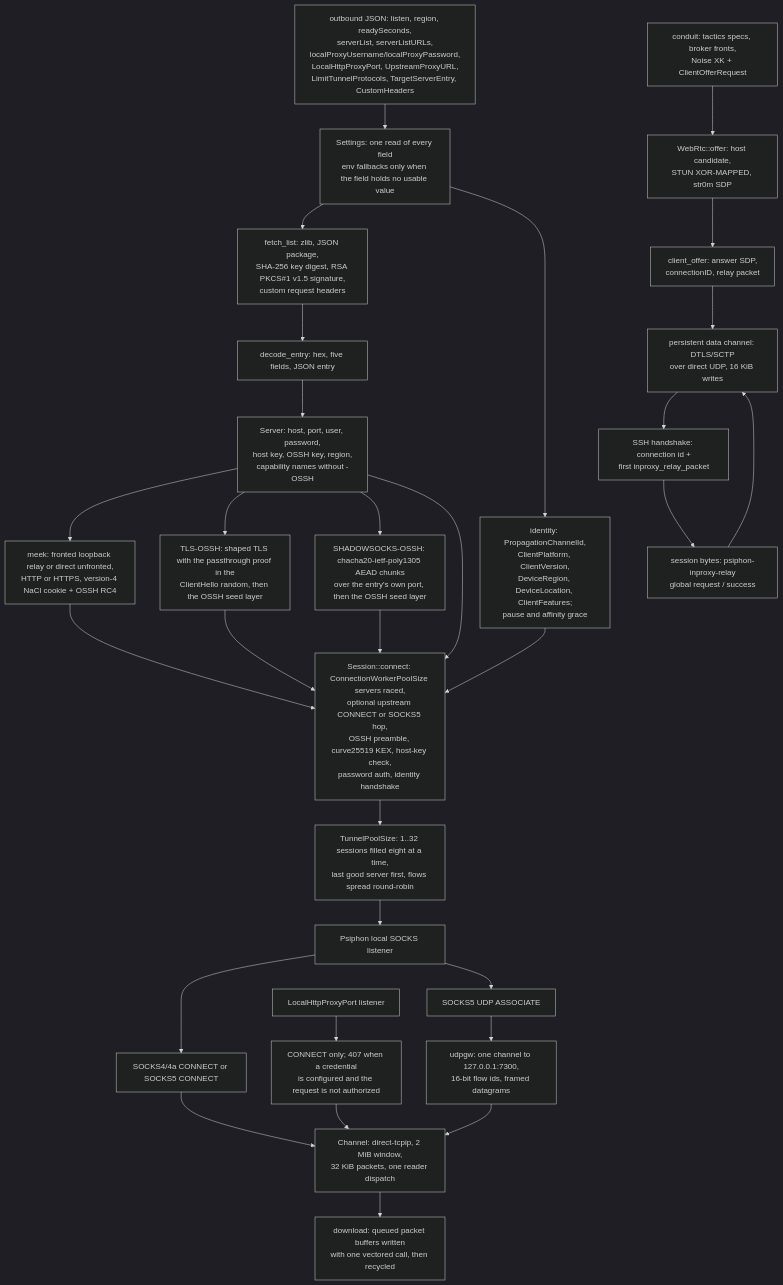
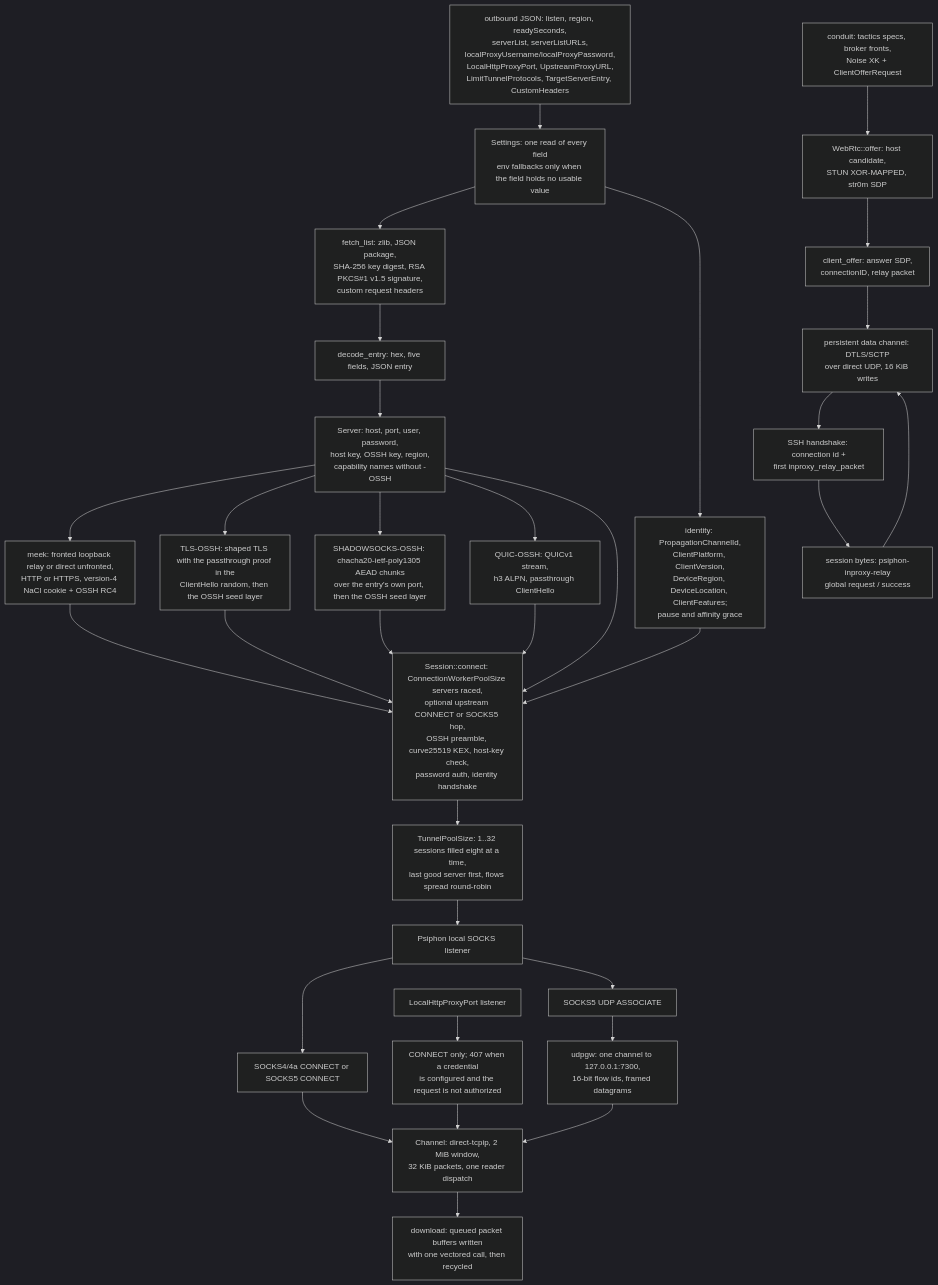
Before and after one commit to Ferrocite/ferrox: the diagram in docs/function/carrier-psiphon.md, drawn with Mermaid (dark theme). The commit also changed other lines of this file and 16 other files, not shown here.

Commit message:
psiphon: carry QUIC-OSSH, in-proxy Shadowsocks, and the broker native

````diff
--- a/docs/function/carrier-psiphon.md
+++ b/docs/function/carrier-psiphon.md
@@ -7,32 +7,34 @@
 ```mermaid
 graph TD
     A["outbound JSON: listen, region, readySeconds,<br/>serverList, serverListURLs,<br/>localProxyUsername/localProxyPassword,<br/>LocalHttpProxyPort, UpstreamProxyURL,<br/>LimitTunnelProtocols, TargetServerEntry, CustomHeaders"] --> B["Settings: one read of every field<br/>env fallbacks only when the field holds no usable value"]
     B --> C["fetch_list: zlib, JSON package,<br/>SHA-256 key digest, RSA PKCS#1 v1.5 signature,<br/>custom request headers"]
     B --> B2["identity: PropagationChannelId,<br/>ClientPlatform, ClientVersion,<br/>DeviceRegion, DeviceLocation, ClientFeatures;<br/>pause and affinity grace"]
     C --> D["decode_entry: hex, five fields, JSON entry"]
     D --> E["Server: host, port, user, password,<br/>host key, OSSH key, region,<br/>capability names without -OSSH"]
     E --> E2["meek: fronted loopback relay or direct unfronted,<br/>HTTP or HTTPS, version-4 NaCl cookie + OSSH RC4"]
     E --> E3["TLS-OSSH: shaped TLS with the passthrough proof in the<br/>ClientHello random, then the OSSH seed layer"]
     E --> E4["SHADOWSOCKS-OSSH: chacha20-ietf-poly1305 AEAD chunks<br/>over the entry's own port, then the OSSH seed layer"]
     E2 --> F
     E3 --> F
     E4 --> F
+    E --> E5["QUIC-OSSH: QUICv1 stream,<br/>h3 ALPN, passthrough ClientHello"]
+    E5 --> F
     E --> F["Session::connect: ConnectionWorkerPoolSize servers raced,<br/>optional upstream CONNECT or SOCKS5 hop,<br/>OSSH preamble, curve25519 KEX, host-key check,<br/>password auth, identity handshake"]
     B2 --> F
     F --> P["TunnelPoolSize: 1..32 sessions filled eight at a time,<br/>last good server first, flows spread round-robin"]
     P --> G["Psiphon local SOCKS listener"]
     G --> H["SOCKS4/4a CONNECT or SOCKS5 CONNECT"]
     H --> I["Channel: direct-tcpip, 2 MiB window,<br/>32 KiB packets, one reader dispatch"]
     I --> Z["download: queued packet buffers written<br/>with one vectored call, then recycled"]
     G --> J["SOCKS5 UDP ASSOCIATE"]
     J --> K["udpgw: one channel to 127.0.0.1:7300,<br/>16-bit flow ids, framed datagrams"]
     K --> I
     L["LocalHttpProxyPort listener"] --> M["CONNECT only; 407 when a credential<br/>is configured and the request is not authorized"]
     M --> I
     N["conduit: tactics specs, broker fronts,<br/>Noise XK + ClientOfferRequest"] --> O["WebRtc::offer: host candidate,<br/>STUN XOR-MAPPED, str0m SDP"]
     O --> Q["client_offer: answer SDP,<br/>connectionID, relay packet"]
     Q --> R["persistent data channel: DTLS/SCTP<br/>over direct UDP, 16 KiB writes"]
     R --> S["SSH handshake: connection id +<br/>first inproxy_relay_packet"]
     S --> T["session bytes: psiphon-inproxy-relay<br/>global request / success"]
     T --> R
 ```
````
